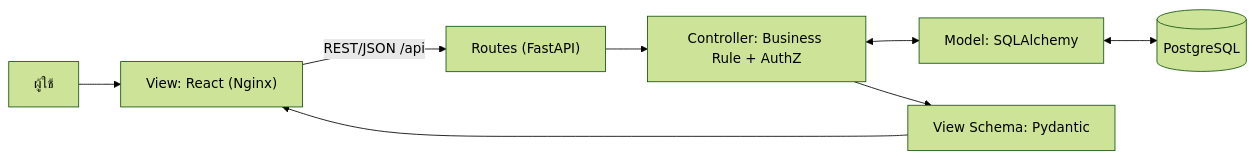
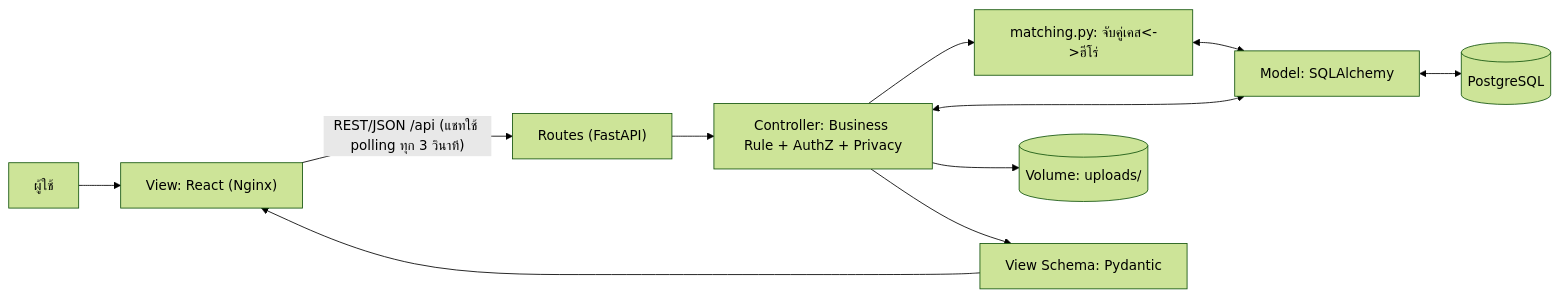
Before and after one commit to toonkaf/BloodPaw: the first of 3 diagrams in docs/architecture.md, drawn with Mermaid (forest theme). The commit also changed other lines of this file and 57 other files, not shown here.

````diff
--- a/docs/architecture.md
+++ b/docs/architecture.md
@@ -3,10 +3,13 @@
 ```mermaid
 flowchart LR
     User[ผู้ใช้] --> Web["View: React (Nginx)"]
-    Web -->|"REST/JSON /api"| Route["Routes (FastAPI)"]
-    Route --> Ctrl["Controller: Business Rule + AuthZ"]
+    Web -->|"REST/JSON /api (แชทใช้ polling ทุก 3 วินาที)"| Route["Routes (FastAPI)"]
+    Route --> Ctrl["Controller: Business Rule + AuthZ + Privacy"]
+    Ctrl --> Match["matching.py: จับคู่เคส<->ฮีโร่"]
     Ctrl <--> Model["Model: SQLAlchemy"]
+    Match <--> Model
     Model <--> DB[(PostgreSQL)]
+    Ctrl --> Files[("Volume: uploads/")]
     Ctrl --> ViewSchema["View Schema: Pydantic"]
     ViewSchema --> Web
 ```
````
